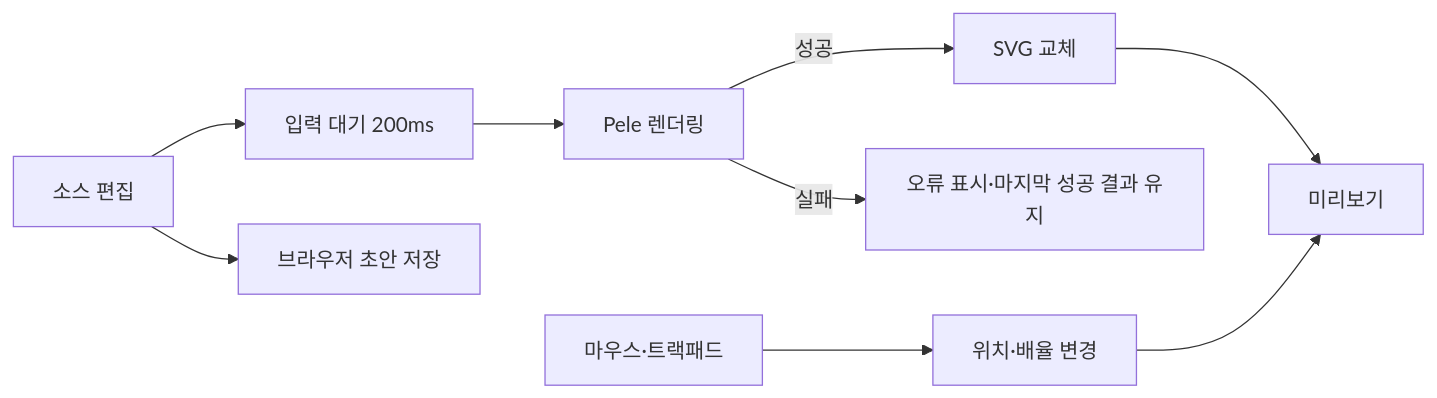
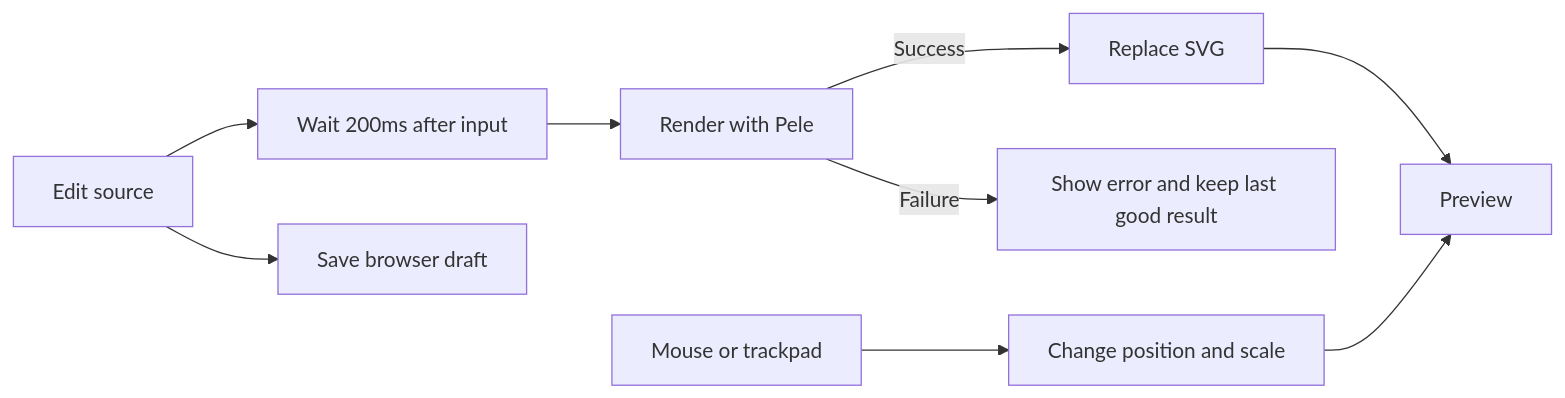
The diagram in docs/adr/001-react-pele-workbench.md (JHSeo-git/inklava), drawn with Mermaid before and after one commit. The commit also changed other lines of this file and 19 other files, not shown here.

````diff
--- a/docs/adr/001-react-pele-workbench.md
+++ b/docs/adr/001-react-pele-workbench.md
@@ -59,11 +59,11 @@
 ```mermaid
 flowchart LR
-    E[소스 편집] --> D[입력 대기 200ms]
-    D --> P[Pele 렌더링]
-    P -->|성공| S[SVG 교체]
-    P -->|실패| X[오류 표시·마지막 성공 결과 유지]
-    S --> V[미리보기]
-    M[마우스·트랙패드] --> C[위치·배율 변경]
+    E[Edit source] --> D[Wait 200ms after input]
+    D --> P[Render with Pele]
+    P -->|Success| S[Replace SVG]
+    P -->|Failure| X[Show error and keep last good result]
+    S --> V[Preview]
+    M[Mouse or trackpad] --> C[Change position and scale]
     C --> V
-    E --> L[브라우저 초안 저장]
+    E --> L[Save browser draft]
 ```
````
